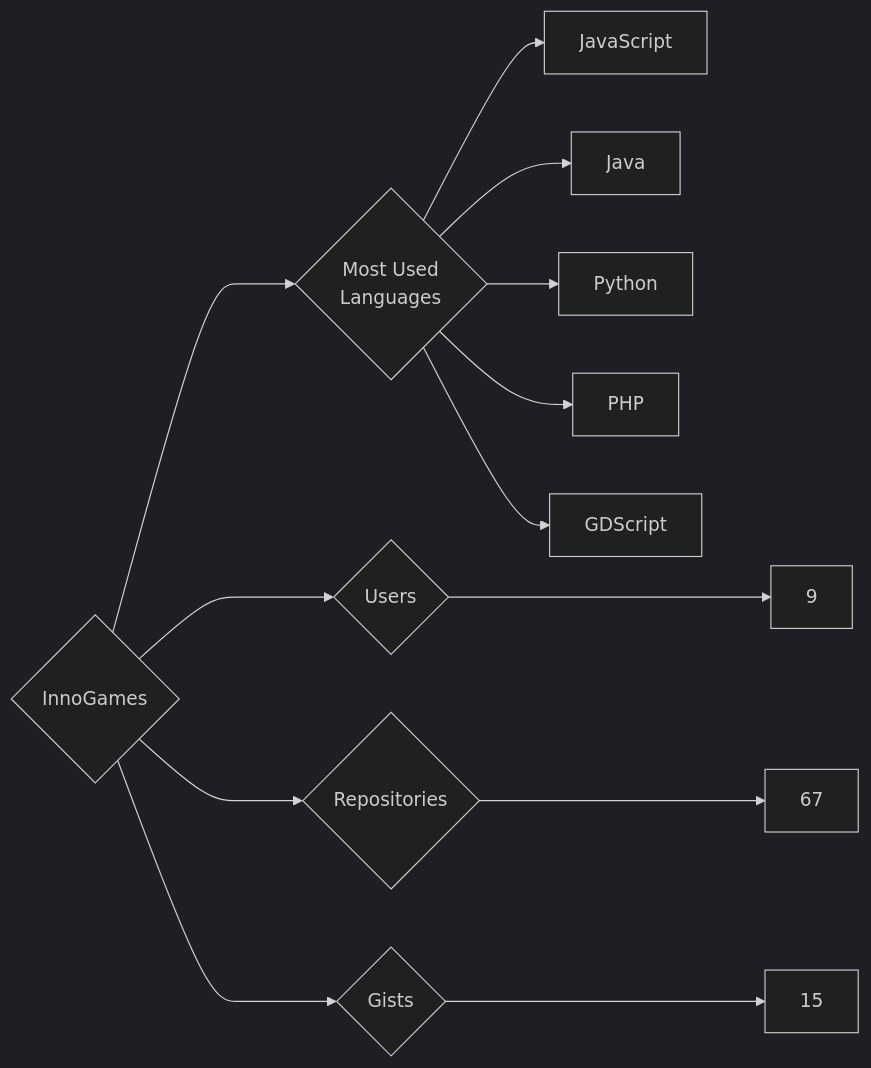
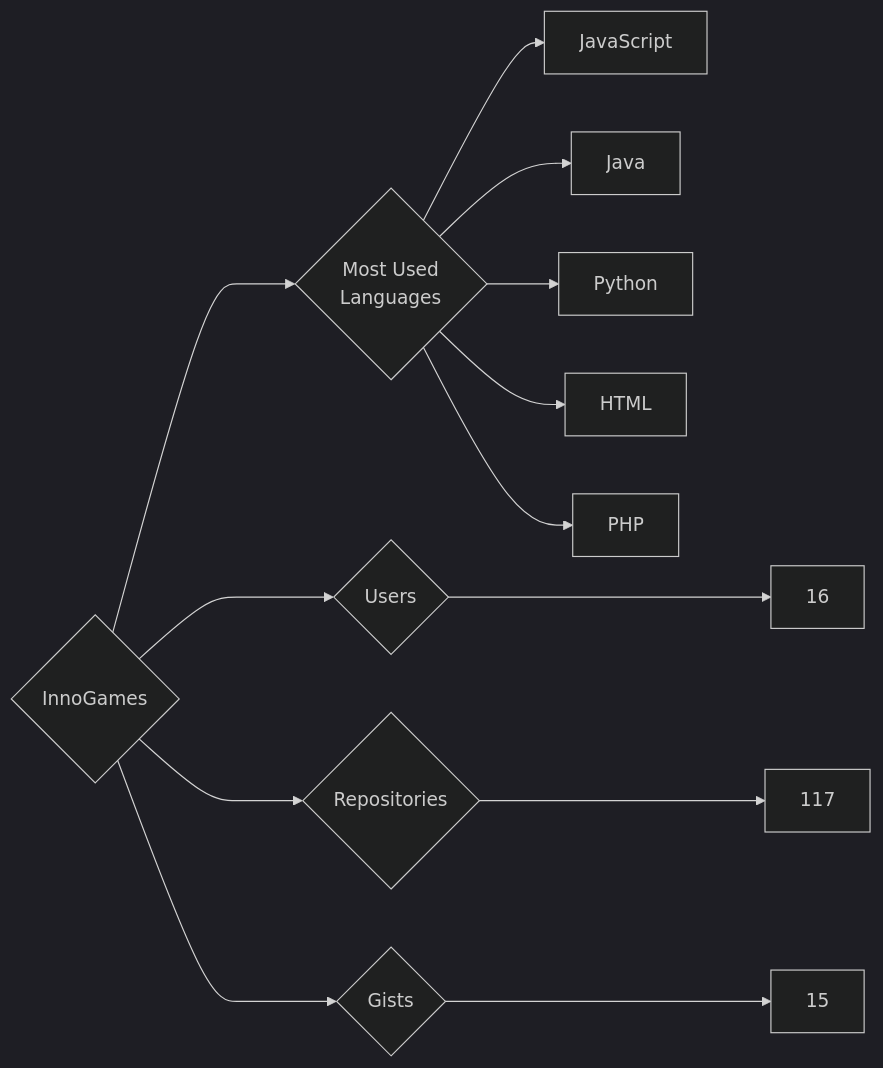
Before and after one commit to trickest/insiders: the diagram in targets/InnoGames/README.md, drawn with Mermaid (dark theme). The commit also changed 718 other files, not shown here.

````diff
--- a/targets/InnoGames/README.md
+++ b/targets/InnoGames/README.md
@@ -3,13 +3,13 @@
 ```mermaid
 graph LR
 COMPANY_NAME{InnoGames}
-COMPANY_NAME ---> U{Users} ---> UN[9]
-COMPANY_NAME ---> R{Repositories} ---> RN[67]
+COMPANY_NAME ---> U{Users} ---> UN[16]
+COMPANY_NAME ---> R{Repositories} ---> RN[117]
 COMPANY_NAME ---> G{Gists} ---> GN[15]
 COMPANY_NAME ---> ML{Most Used<br>Languages}
 ML --> JavaScript[JavaScript]
 ML --> Java[Java]
 ML --> Python[Python]
+ML --> HTML[HTML]
 ML --> PHP[PHP]
-ML --> GDScript[GDScript]
 ```
````
